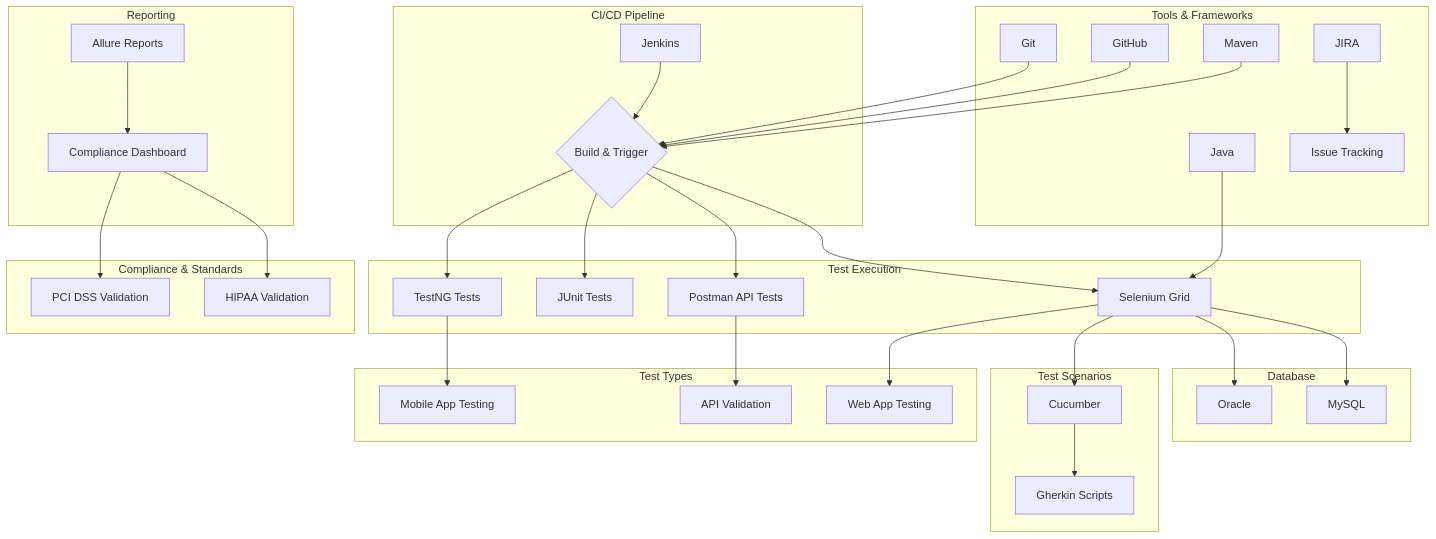
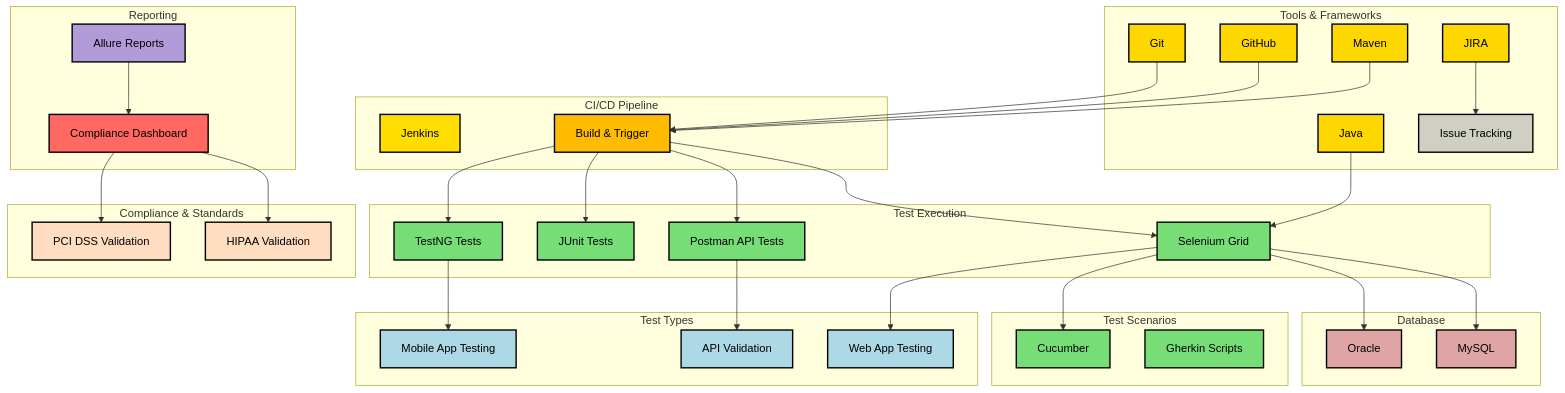
The first of 2 diagrams in README.md (moqaddas/Moqaddas), drawn with Mermaid before and after one commit.

````diff
--- a/README.md
+++ b/README.md
@@ -167,54 +167,80 @@
 ```mermaid
 graph TD
+  %% Define styling for each node type with black text
+  style A fill:#FFDD00,stroke:#000,stroke-width:2px,color:#000;
+  style B fill:#FFBB00,stroke:#000,stroke-width:2px,color:#000;
+  style C fill:#77DD77,stroke:#000,stroke-width:2px,color:#000;
+  style D fill:#77DD77,stroke:#000,stroke-width:2px,color:#000;
+  style E fill:#77DD77,stroke:#000,stroke-width:2px,color:#000;
+  style F fill:#77DD77,stroke:#000,stroke-width:2px,color:#000;
+  style G fill:#B19CD9,stroke:#000,stroke-width:2px,color:#000;
+  style H fill:#FF6961,stroke:#000,stroke-width:2px,color:#000;
+  style I fill:#DEA5A4,stroke:#000,stroke-width:2px,color:#000;
+  style J fill:#DEA5A4,stroke:#000,stroke-width:2px,color:#000;
+  style K fill:#FFD700,stroke:#000,stroke-width:2px,color:#000;
+  style L fill:#FFD700,stroke:#000,stroke-width:2px,color:#000;
+  style M fill:#FFD700,stroke:#000,stroke-width:2px,color:#000;
+  style N fill:#FFD700,stroke:#000,stroke-width:2px,color:#000;
+  style O fill:#FFD700,stroke:#000,stroke-width:2px,color:#000;
+  style P fill:#CFCFC4,stroke:#000,stroke-width:2px,color:#000;
+  style Q fill:#FFDDC1,stroke:#000,stroke-width:2px,color:#000;
+  style R fill:#FFDDC1,stroke:#000,stroke-width:2px,color:#000;
+  style S fill:#77DD77,stroke:#000,stroke-width:2px,color:#000;
+  style T fill:#77DD77,stroke:#000,stroke-width:2px,color:#000;
+  style U fill:#ADD8E6,stroke:#000,stroke-width:2px,color:#000;
+  style V fill:#ADD8E6,stroke:#000,stroke-width:2px,color:#000;
+  style W fill:#ADD8E6,stroke:#000,stroke-width:2px,color:#000;
+
   subgraph CI/CD Pipeline
-    A[Jenkins] --> B{Build & Trigger}
+    A[Jenkins]
+    B[Build & Trigger]
   end
-  
+
   subgraph Test Execution
     B --> C[Selenium Grid]
     B --> D[Postman API Tests]
     B --> E[JUnit Tests]
     B --> F[TestNG Tests]
   end
-  
+
   subgraph Reporting
-    G[Allure Reports] --> H[Compliance Dashboard]
+    G[Allure Reports]
+    G --> H[Compliance Dashboard]
   end
-  
+
   subgraph Database
-    I[MySQL]
-    J[Oracle]
-    C --> I
-    C --> J
+    C --> I[MySQL]
+    C --> J[Oracle]
   end
-  
+
   subgraph Tools & Frameworks
-    K[Java] --> C
-    L[Git] --> B
-    M[GitHub] --> B
-    N[Maven] --> B
-    O[JIRA] --> P[Issue Tracking]
+    K[Java]
+    L[Git]
+    M[GitHub]
+    N[Maven]
+    O[JIRA]
+    K --> C
+    L --> B
+    M --> B
+    N --> B
+    O --> P[Issue Tracking]
   end
-  
+
   subgraph Compliance & Standards
-    Q[HIPAA Validation]
-    R[PCI DSS Validation]
-    H --> Q
-    H --> R
+    H --> Q[HIPAA Validation]
+    H --> R[PCI DSS Validation]
   end
-  
+
   subgraph Test Scenarios
-    S[Cucumber] --> T[Gherkin Scripts]
+    S[Cucumber]
+    T[Gherkin Scripts]
     C --> S
   end
-  
+
   subgraph Test Types
-    U[Web App Testing]
-    V[API Validation]
-    W[Mobile App Testing]
-    C --> U
-    D --> V
-    F --> W
+    C --> U[Web App Testing]
+    D --> V[API Validation]
+    F --> W[Mobile App Testing]
   end
 
 ```
````
